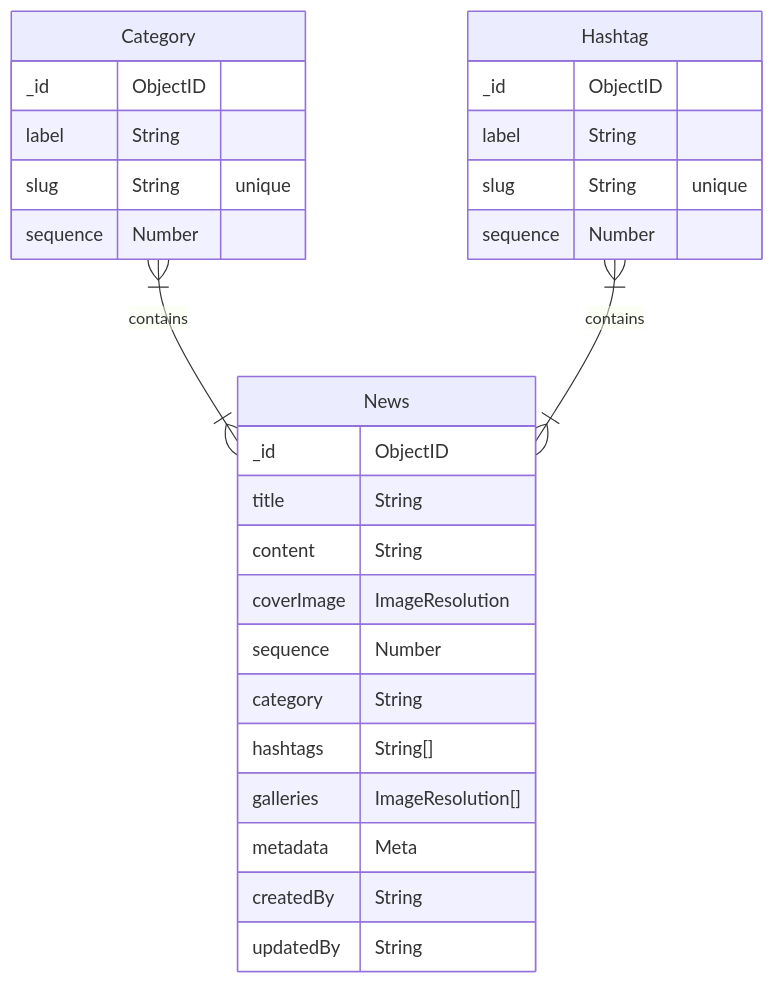
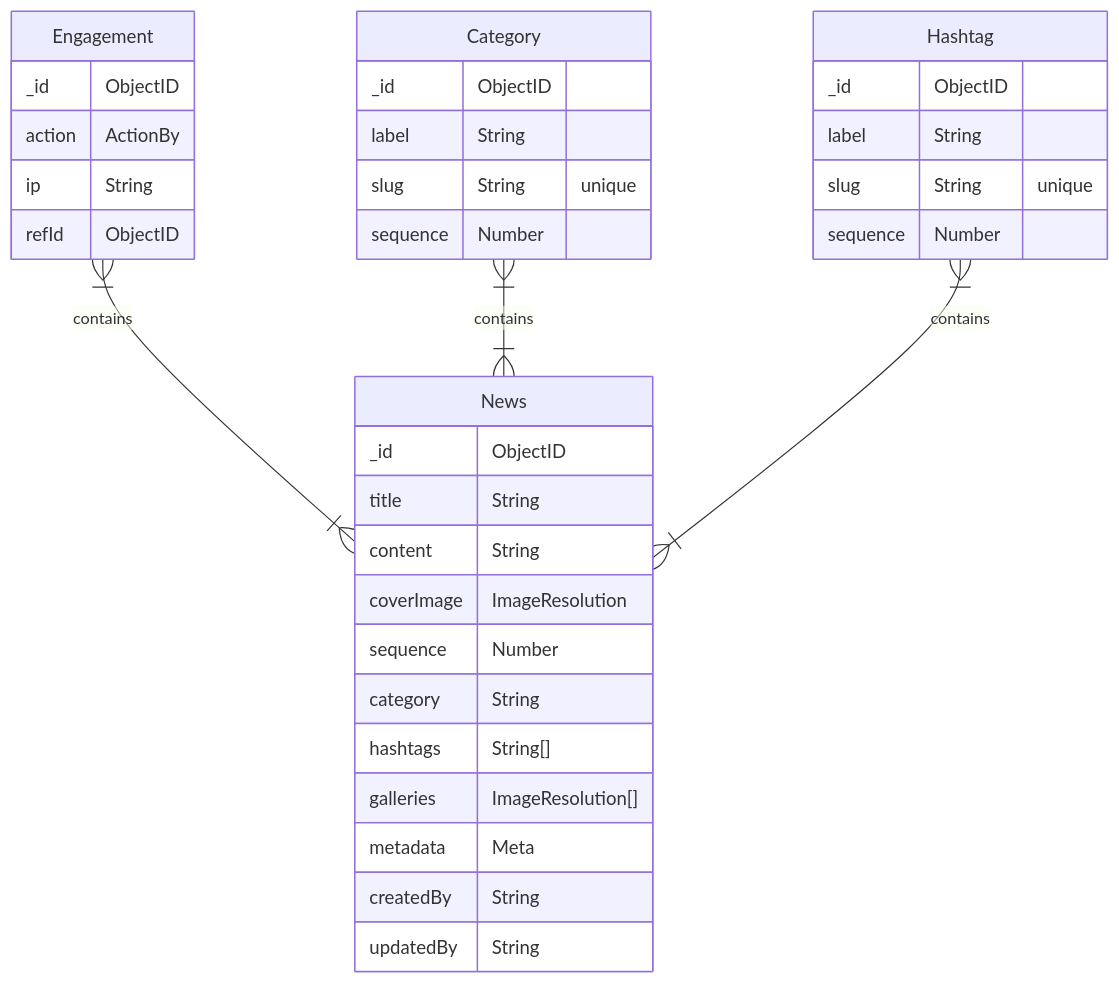
One commit to nuza555xx/assignment-2023-12-30 changed the diagram in README.md. Above: the diagram before and after it, drawn with Mermaid.

````diff
--- a/README.md
+++ b/README.md
@@ -2,35 +2,43 @@
 ```mermaid
 erDiagram
   Category {
     _id ObjectID
     label String
     slug String "unique"
     sequence Number
   }
 
   Hashtag {
     _id ObjectID
     label String
     slug String "unique"
     sequence Number
   }
 
+ Engagement {
+    _id ObjectID
+    action ActionBy
+    ip String
+    refId ObjectID
+  }
+
   News {
     _id ObjectID
     title String
     content String
     coverImage ImageResolution
     sequence Number
     category String
     hashtags String[]
     galleries ImageResolution[]
     metadata Meta
     createdBy String
     updatedBy String
   }
 
+  Engagement }|--|{ News : contains
   Category }|--|{ News : contains
   Hashtag }|--|{ News : contains
 
 
 ```
````
